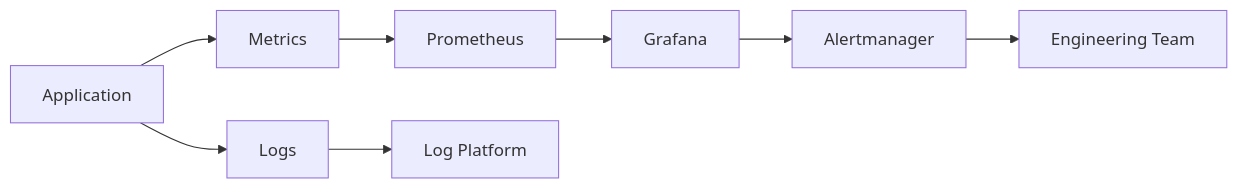
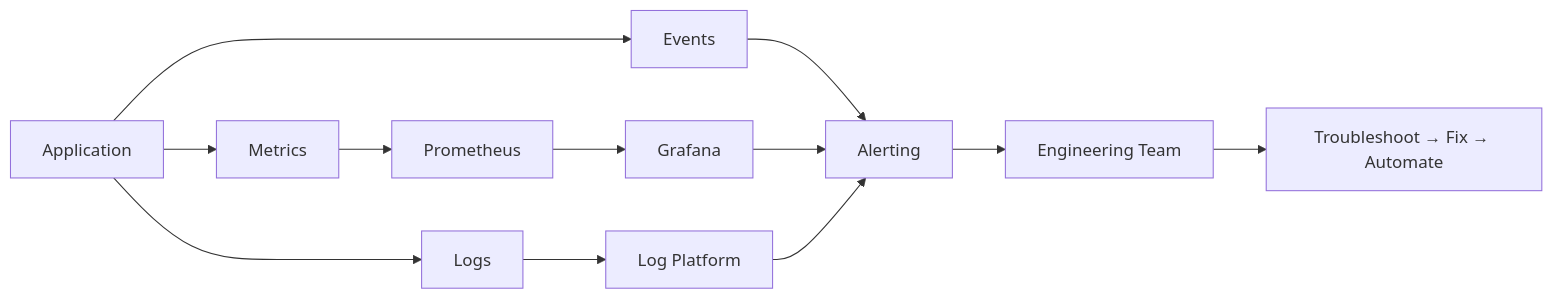
Before and after one commit to ramdrazler1/ramdrazler1: the fourth of 6 diagrams in README.md, drawn with Mermaid. The commit also changed other lines of this file, not shown here.

````diff
--- a/README.md
+++ b/README.md
@@ -475,10 +388,18 @@
 ```mermaid
 flowchart LR
-    App[Application] --> Metrics[Metrics]
-    App --> Logs[Logs]
-    Metrics --> Prom[Prometheus]
-    Prom --> Grafana[Grafana]
-    Logs --> LogPlatform[Log Platform]
-    Grafana --> Alertmanager[Alertmanager]
-    Alertmanager --> Team[Engineering Team]
+    App["Application"] --> Metrics["Metrics"]
+    App --> Logs["Logs"]
+    App --> Events["Events"]
+
+    Metrics --> Prom["Prometheus"]
+    Prom --> Grafana["Grafana"]
+
+    Logs --> LogPlatform["Log Platform"]
+    Events --> Alerting["Alerting"]
+
+    Grafana --> Alerting
+    LogPlatform --> Alerting
+
+    Alerting --> Team["Engineering Team"]
+    Team --> Action["Troubleshoot → Fix → Automate"]
 ```
````
